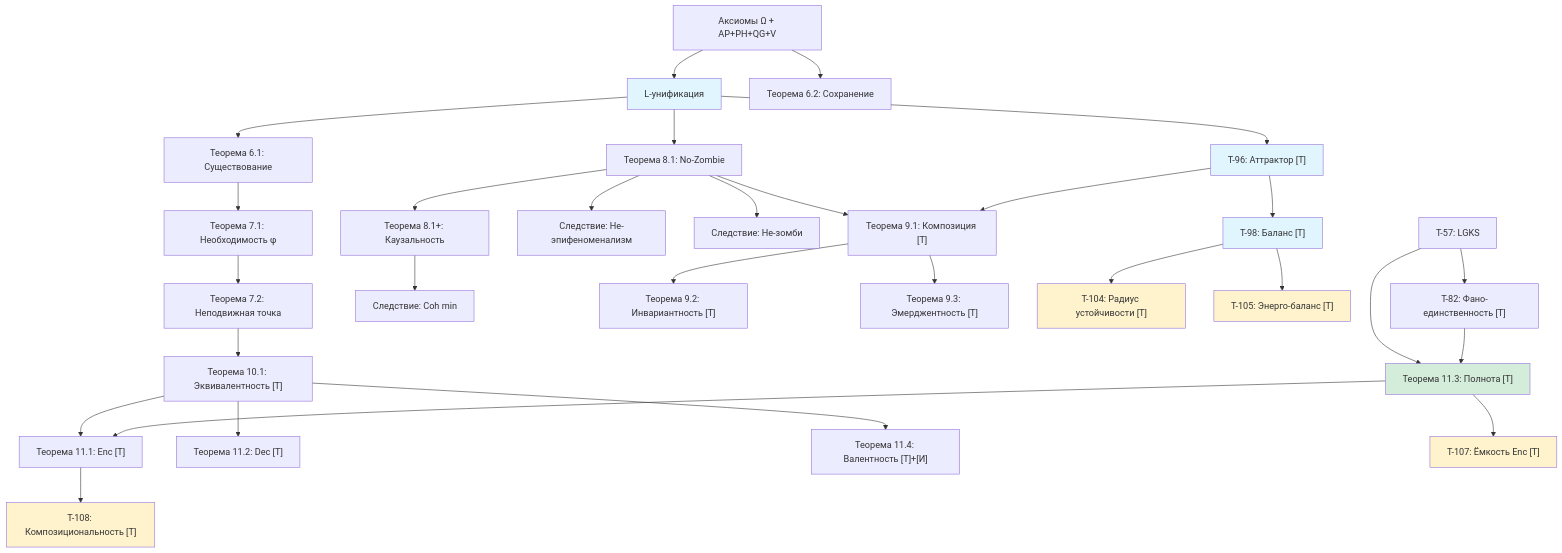
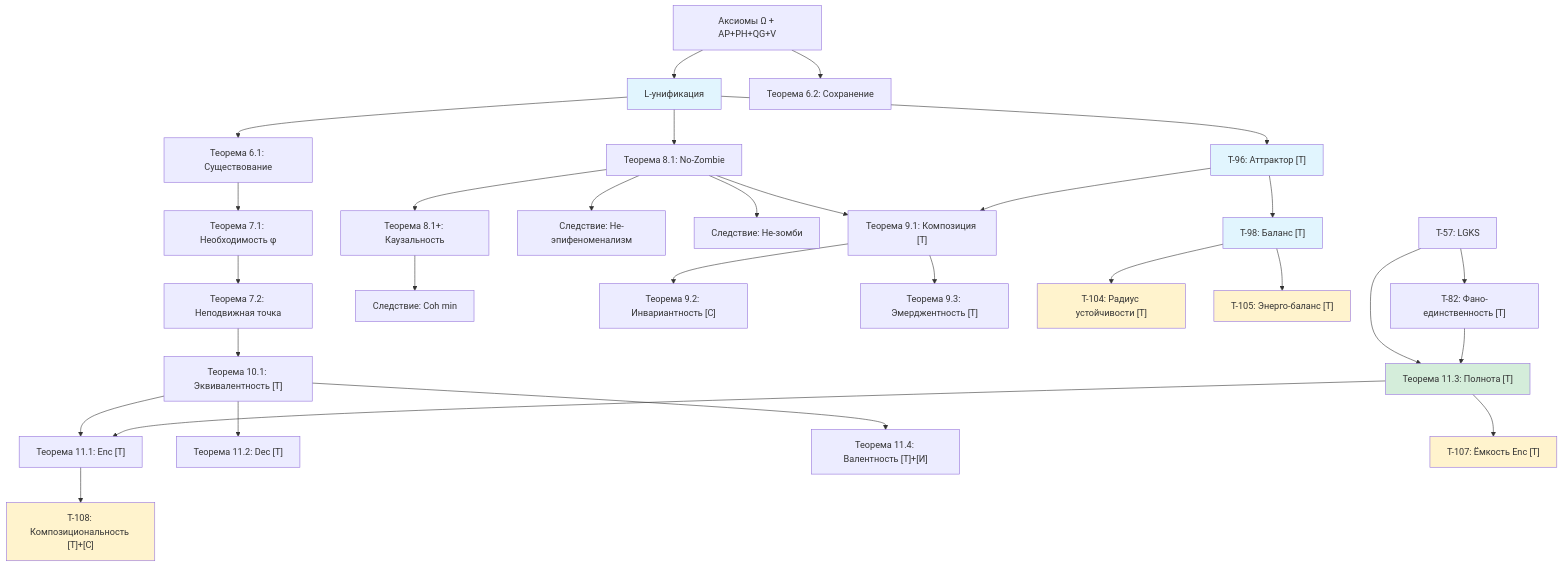
Before and after one commit to gst-st/uhm: the diagram in website/i18n/ru/docusaurus-plugin-content-docs/current/applied/coherence-cybernetics/theorems.md, drawn with Mermaid. The commit also changed other lines of this file and 19 other files, not shown here.

````diff
--- a/website/i18n/ru/docusaurus-plugin-content-docs/current/applied/coherence-cybernetics/theorems.md
+++ b/website/i18n/ru/docusaurus-plugin-content-docs/current/applied/coherence-cybernetics/theorems.md
@@ -1071,44 +1076,44 @@
 ```mermaid
 graph TD
     A["Аксиомы Ω + AP+PH+QG+V"] --> LU["L-унификация"]
     LU --> T61["Теорема 6.1: Существование"]
     A --> T62x["Теорема 6.2: Сохранение"]
     T61 --> T71["Теорема 7.1: Необходимость φ"]
     T71 --> T72["Теорема 7.2: Неподвижная точка"]
     LU --> T81["Теорема 8.1: No-Zombie"]
     T81 --> T81P["Теорема 8.1+: Каузальность"]
     T81 --> C811["Следствие: Не-эпифеноменализм"]
     T81 --> C812["Следствие: Не-зомби"]
     T81P --> C813["Следствие: Coh min"]
     T81 --> T91["Теорема 9.1: Композиция [Т]"]
-    T91 --> T92["Теорема 9.2: Инвариантность [Т]"]
+    T91 --> T92["Теорема 9.2: Инвариантность [С]"]
     T91 --> T93x["Теорема 9.3: Эмерджентность [Т]"]
     T72 --> T101["Теорема 10.1: Эквивалентность [Т]"]
     T101 --> T111["Теорема 11.1: Enc [Т]"]
     T101 --> T112["Теорема 11.2: Dec [Т]"]
     T57["T-57: LGKS"] --> T113["Теорема 11.3: Полнота [Т]"]
     T113 --> T111
     T101 --> T114["Теорема 11.4: Валентность [Т]+[И]"]
 
     LU --> T96["T-96: Аттрактор [Т]"]
     T96 --> T98["T-98: Баланс [Т]"]
     T98 --> T104["T-104: Радиус устойчивости [Т]"]
     T98 --> T105["T-105: Энерго-баланс [Т]"]
 
     T57 --> T82["T-82: Фано-единственность [Т]"]
     T82 --> T113
 
     T96 --> T91
 
     T113 --> T107["T-107: Ёмкость Enc [Т]"]
-    T111 --> T108["T-108: Композициональность [Т]"]
+    T111 --> T108["T-108: Композициональность [Т]+[С]"]
 
     style LU fill:#e1f5fe
     style T113 fill:#d4edda
     style T96 fill:#e1f5fe
     style T98 fill:#e1f5fe
     style T104 fill:#fff3cd
     style T105 fill:#fff3cd
     style T107 fill:#fff3cd
     style T108 fill:#fff3cd
 ```
````
